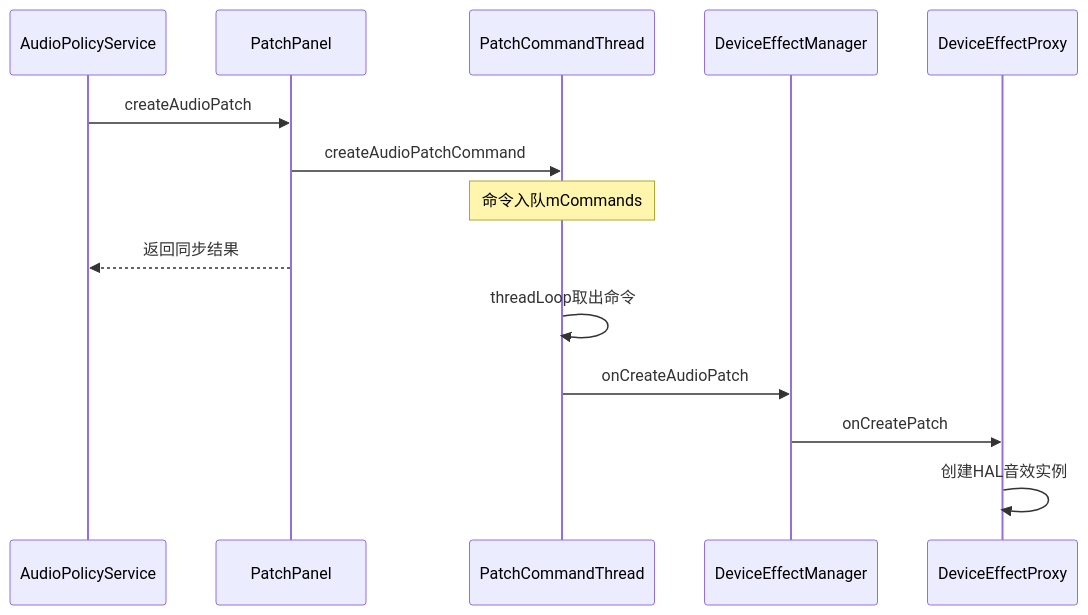
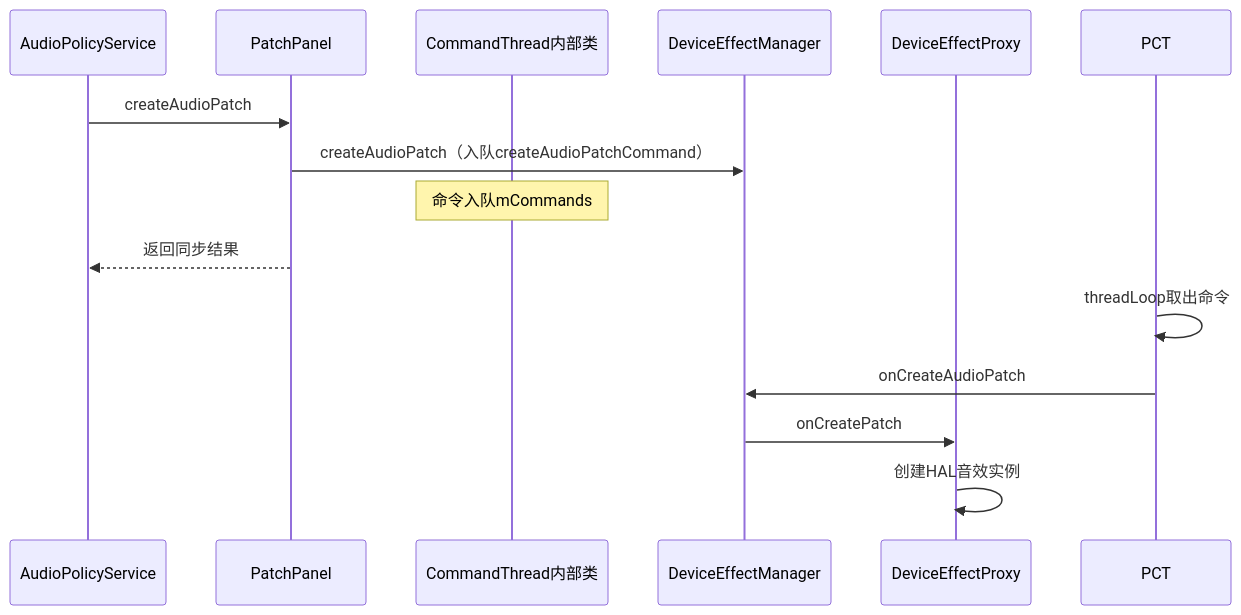
Before and after one commit to yanglinzhen1022/SA8295_AAOS_QNX_Audio_KnowledgeBase: the third of 3 diagrams in 05_AudioFlinger/05_5.12_DeviceEffectManager-设备级音效管理.md, drawn with Mermaid. The commit also changed other lines of this file and 12 other files, not shown here.

````diff
--- a/05_AudioFlinger/05_5.12_DeviceEffectManager-设备级音效管理.md
+++ b/05_AudioFlinger/05_5.12_DeviceEffectManager-设备级音效管理.md
@@ -229,17 +223,17 @@
 ```mermaid
 sequenceDiagram
     participant APS as AudioPolicyService
     participant PP as PatchPanel
-    participant PCT as PatchCommandThread
+    participant CT as CommandThread内部类
     participant DEM as DeviceEffectManager
     participant DEP as DeviceEffectProxy
 
     APS->>PP: createAudioPatch
-    PP->>PCT: createAudioPatchCommand
-    Note over PCT: 命令入队mCommands
+    PP->>DEM: createAudioPatch（入队createAudioPatchCommand）
+    Note over CT: 命令入队mCommands
     PP-->>APS: 返回同步结果
     PCT->>PCT: threadLoop取出命令
     PCT->>DEM: onCreateAudioPatch
     DEM->>DEP: onCreatePatch
     DEP->>DEP: 创建HAL音效实例
 ```
````
